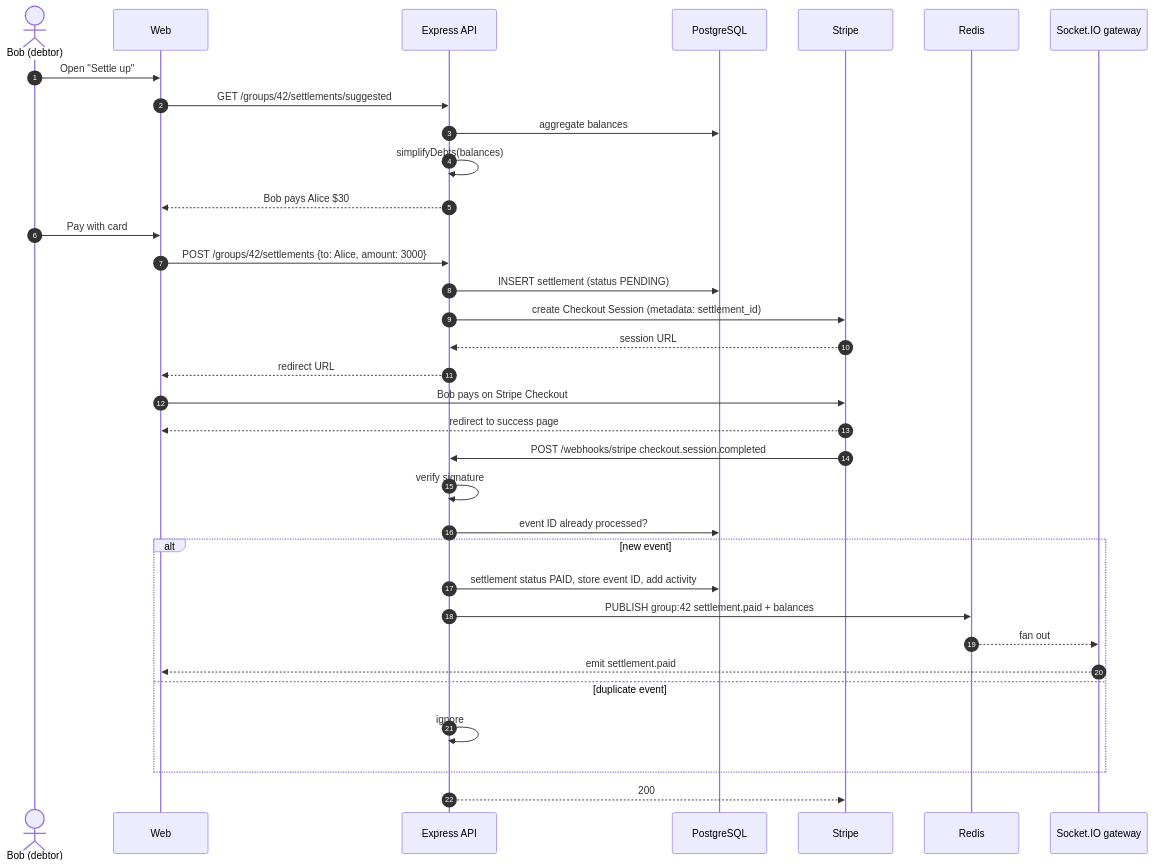
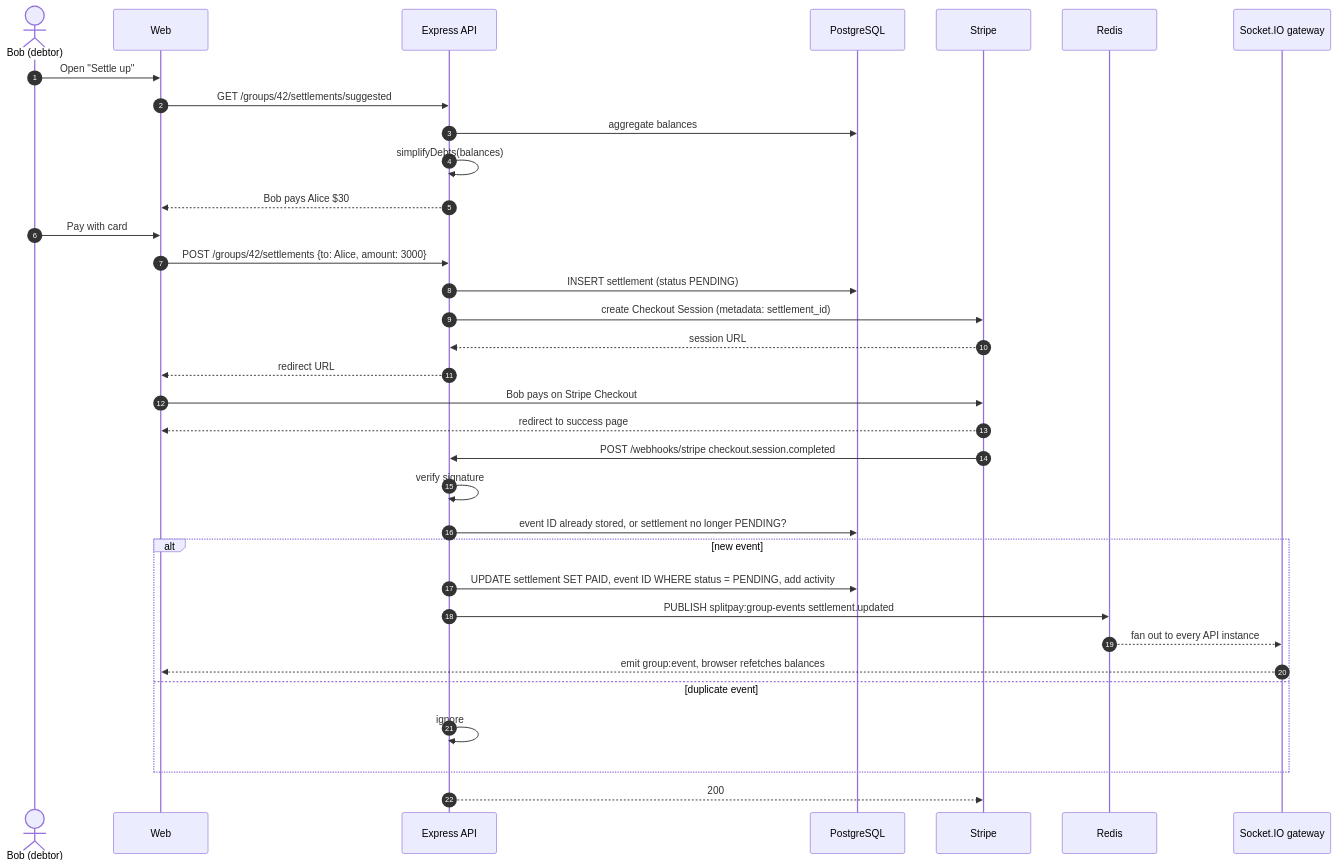
The diagram in docs/diagrams/sequence-settle-up.md (ABHI-742/splitpay), drawn with Mermaid before and after one commit. The commit also changed 10 other files, not shown here.

First line of the commit message:
Handle concurrent duplicate expenses and bring architecture docs up to date

````diff
--- a/docs/diagrams/sequence-settle-up.md
+++ b/docs/diagrams/sequence-settle-up.md
@@ -3,38 +3,38 @@
 ```mermaid
 sequenceDiagram
     autonumber
     actor B as Bob (debtor)
     participant W as Web
     participant API as Express API
     participant DB as PostgreSQL
     participant S as Stripe
     participant R as Redis
     participant GW as Socket.IO gateway
 
     B->>W: Open "Settle up"
     W->>API: GET /groups/42/settlements/suggested
     API->>DB: aggregate balances
     API->>API: simplifyDebts(balances)
     API-->>W: Bob pays Alice $30
     B->>W: Pay with card
     W->>API: POST /groups/42/settlements {to: Alice, amount: 3000}
     API->>DB: INSERT settlement (status PENDING)
     API->>S: create Checkout Session (metadata: settlement_id)
     S-->>API: session URL
     API-->>W: redirect URL
     W->>S: Bob pays on Stripe Checkout
     S-->>W: redirect to success page
 
     S->>API: POST /webhooks/stripe checkout.session.completed
     API->>API: verify signature
-    API->>DB: event ID already processed?
+    API->>DB: event ID already stored, or settlement no longer PENDING?
     alt new event
-        API->>DB: settlement status PAID, store event ID, add activity
-        API->>R: PUBLISH group:42 settlement.paid + balances
-        R-->>GW: fan out
-        GW-->>W: emit settlement.paid
+        API->>DB: UPDATE settlement SET PAID, event ID WHERE status = PENDING, add activity
+        API->>R: PUBLISH splitpay:group-events settlement.updated
+        R-->>GW: fan out to every API instance
+        GW-->>W: emit group:event, browser refetches balances
     else duplicate event
         API->>API: ignore
     end
     API-->>S: 200
 ```
````
